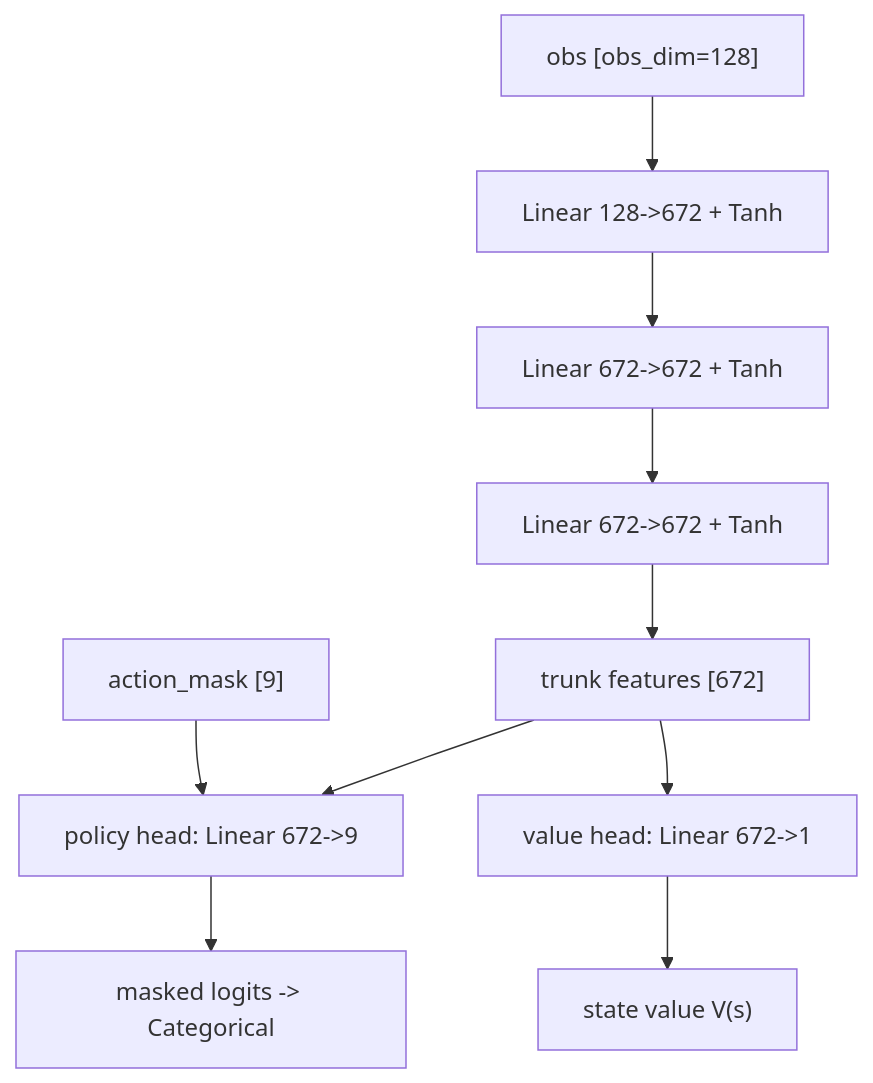
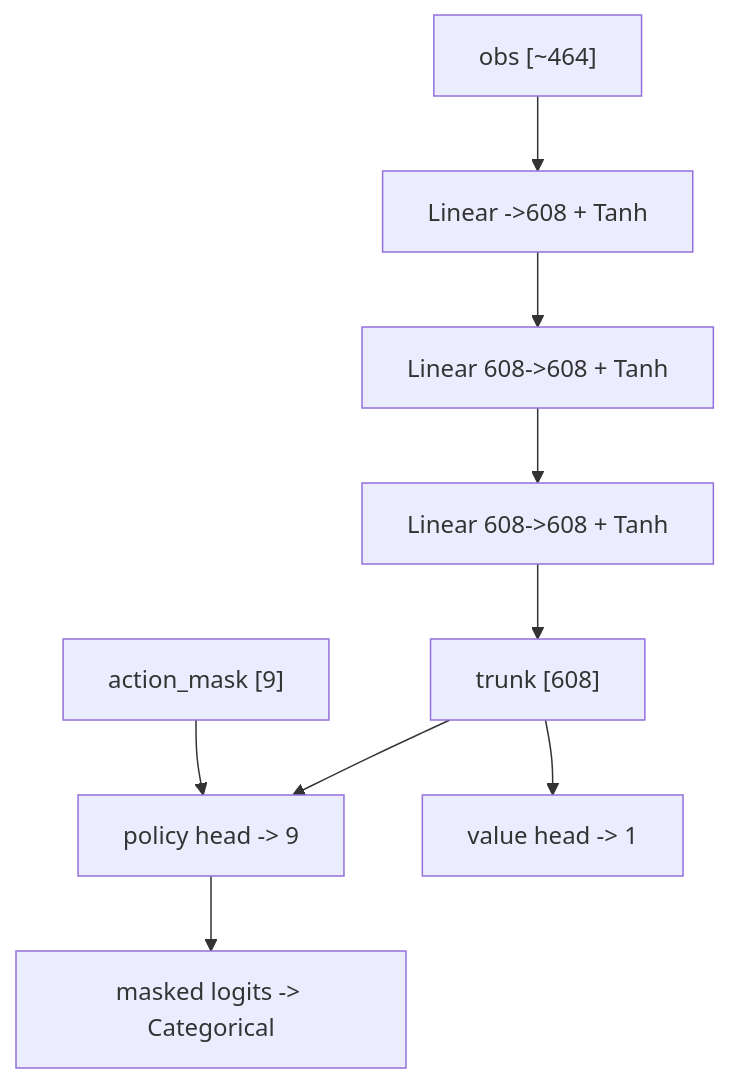
The second of 4 diagrams in agents/DESIGN.md (rfgordan/alphakazam), drawn with Mermaid before and after one commit. The commit also changed other lines of this file and 16 other files, not shown here.

````diff
--- a/agents/DESIGN.md
+++ b/agents/DESIGN.md
@@ -56,12 +60,11 @@
 ```mermaid
 flowchart TD
-    OBS["obs [obs_dim=128]"] --> L0["Linear 128->672 + Tanh"]
-    L0 --> L1["Linear 672->672 + Tanh"]
-    L1 --> L2["Linear 672->672 + Tanh"]
-    L2 --> H["trunk features [672]"]
-    H --> P["policy head: Linear 672->9"]
-    H --> V["value head: Linear 672->1"]
+    OBS["obs [~464]"] --> L0["Linear ->608 + Tanh"]
+    L0 --> L1["Linear 608->608 + Tanh"]
+    L1 --> L2["Linear 608->608 + Tanh"]
+    L2 --> H["trunk [608]"]
+    H --> P["policy head -> 9"]
+    H --> V["value head -> 1"]
     MASK["action_mask [9]"] --> P
     P --> LOGITS["masked logits -> Categorical"]
-    V --> VALUE["state value V(s)"]
 ```
````
